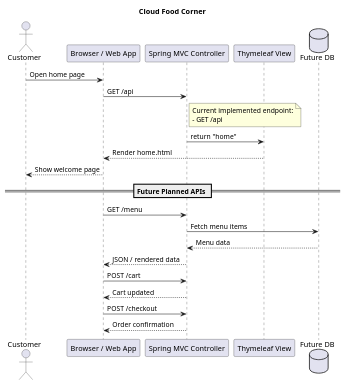
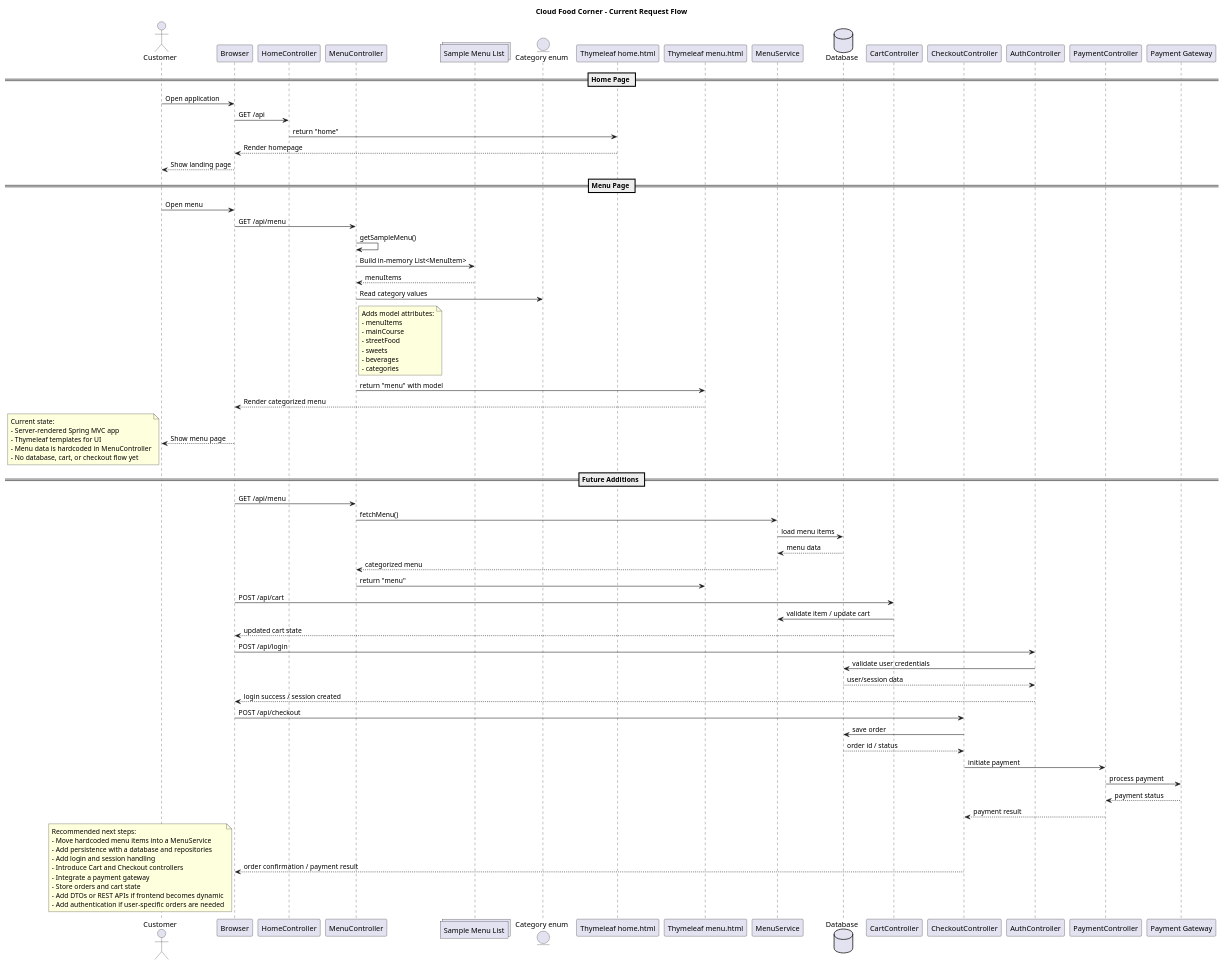
Before and after one commit to Ayish-Shaikh/Undergraduate_Food_Corner: the diagram in diagram.puml, drawn with PlantUML.

Commit message:
add: design of my food cloud corner updated

```diff
--- a/diagram.puml
+++ b/diagram.puml
@@ -1,32 +1,96 @@
 @startuml
-title Cloud Food Corner
+title Cloud Food Corner - Current Request Flow
 
 actor Customer
-participant "Browser / Web App" as Web
-participant "Spring MVC Controller" as API
-participant "Thymeleaf View" as View
-database "Future DB" as DB
+participant "Browser" as Browser
+participant "HomeController" as HomeController
+participant "MenuController" as MenuController
+collections "Sample Menu List" as MenuList
+entity "Category enum" as Category
+participant "Thymeleaf home.html" as HomeView
+participant "Thymeleaf menu.html" as MenuView
 
-Customer -> Web : Open home page
-Web -> API : GET /api
-note right of API
-Current implemented endpoint:
-- GET /api
+== Home Page ==
+Customer -> Browser : Open application
+Browser -> HomeController : GET /api
+HomeController -> HomeView : return "home"
+HomeView --> Browser : Render homepage
+Browser --> Customer : Show landing page
+
+== Menu Page ==
+Customer -> Browser : Open menu
+Browser -> MenuController : GET /api/menu
+MenuController -> MenuController : getSampleMenu()
+MenuController -> MenuList : Build in-memory List<MenuItem>
+MenuList --> MenuController : menuItems
+MenuController -> Category : Read category values
+
+note right of MenuController
+Adds model attributes:
+- menuItems
+- mainCourse
+- streetFood
+- sweets
+- beverages
+- categories
 end note
 
-API -> View : return "home"
-View --> Web : Render home.html
-Web --> Customer : Show welcome page
+MenuController -> MenuView : return "menu" with model
+MenuView --> Browser : Render categorized menu
+Browser --> Customer : Show menu page
 
-== Future Planned APIs ==
-Web -> API : GET /menu
-API -> DB : Fetch menu items
-DB --> API : Menu data
-API --> Web : JSON / rendered data
+note bottom
+Current state:
+- Server-rendered Spring MVC app
+- Thymeleaf templates for UI
+- Menu data is hardcoded in MenuController
+- No database, cart, or checkout flow yet
+end note
 
-Web -> API : POST /cart
-API --> Web : Cart updated
+== Future Additions ==
+participant "MenuService" as MenuService
+database "Database" as DB
+participant "CartController" as CartController
+participant "CheckoutController" as CheckoutController
+participant "AuthController" as AuthController
+participant "PaymentController" as PaymentController
+participant "Payment Gateway" as PaymentGateway
 
-Web -> API : POST /checkout
-API --> Web : Order confirmation
+Browser -> MenuController : GET /api/menu
+MenuController -> MenuService : fetchMenu()
+MenuService -> DB : load menu items
+DB --> MenuService : menu data
+MenuService --> MenuController : categorized menu
+MenuController -> MenuView : return "menu"
+
+Browser -> CartController : POST /api/cart
+CartController -> MenuService : validate item / update cart
+CartController --> Browser : updated cart state
+
+Browser -> AuthController : POST /api/login
+AuthController -> DB : validate user credentials
+DB --> AuthController : user/session data
+AuthController --> Browser : login success / session created
+
+Browser -> CheckoutController : POST /api/checkout
+CheckoutController -> DB : save order
+DB --> CheckoutController : order id / status
+
+CheckoutController -> PaymentController : initiate payment
+PaymentController -> PaymentGateway : process payment
+PaymentGateway --> PaymentController : payment status
+PaymentController --> CheckoutController : payment result
+CheckoutController --> Browser : order confirmation / payment result
+
+note bottom
+Recommended next steps:
+- Move hardcoded menu items into a MenuService
+- Add persistence with a database and repositories
+- Add login and session handling
+- Introduce Cart and Checkout controllers
+- Integrate a payment gateway
+- Store orders and cart state
+- Add DTOs or REST APIs if frontend becomes dynamic
+- Add authentication if user-specific orders are needed
+end note
 @enduml
```
